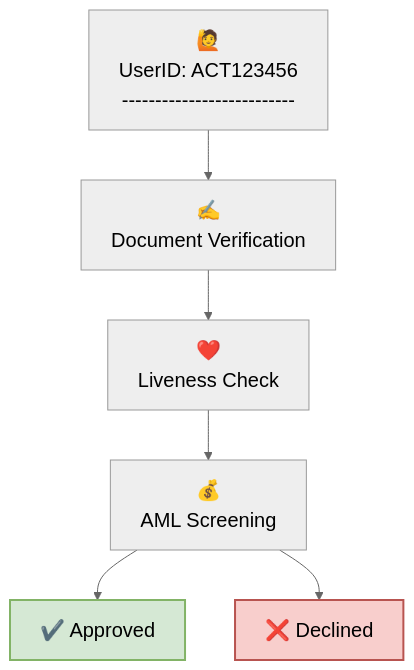
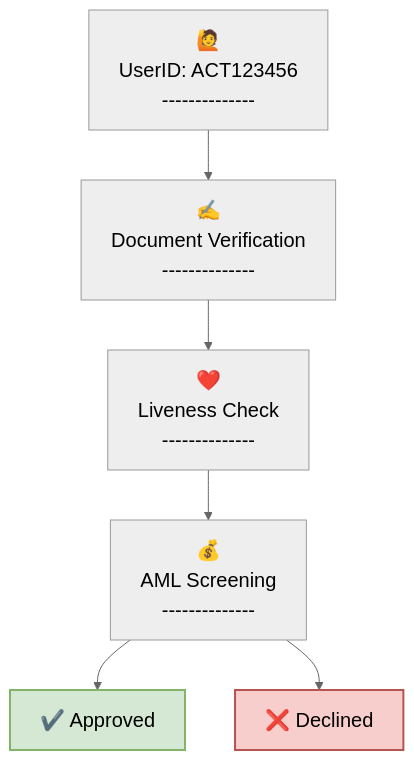
The diagram in id/id.mdx (Fantastic-Devs/Mintlify), drawn with Mermaid (neutral theme) before and after one commit.

````diff
--- a/id/id.mdx
+++ b/id/id.mdx
@@ -17,28 +17,28 @@
 ```mermaid
 
 graph TB;
-    A["🙋<br />UserID: ACT123456<br> --------------------------"]
-    B["✍<br />Document Verification"];
-    C["❤️<br />Liveness Check"];
-    D["💰<br />AML Screening"];
+    A["🙋<br />UserID: ACT123456<br> --------------"]
+    B["✍<br />Document Verification<br> --------------"];
+    C["❤️<br />Liveness Check<br> --------------"];
+    D["💰<br />AML Screening<br> --------------"];
     E["✔️ Approved"];
     F["❌ Declined"];
 
     A --> B;
     B --> C;
     C --> D;
     D --> E;
     D --> F;
     %% Classes
     classDef largeText font-size:20px;
     class A largeText;
     class B largeText;
     class C largeText;
     class D largeText;
     class E largeText;
     class F largeText;
  
     style E fill:#d5e8d4,stroke:#82b366,stroke-width:2px;
     style F fill:#f8cecc,stroke:#b85450,stroke-width:2px;
 
 ```
````
